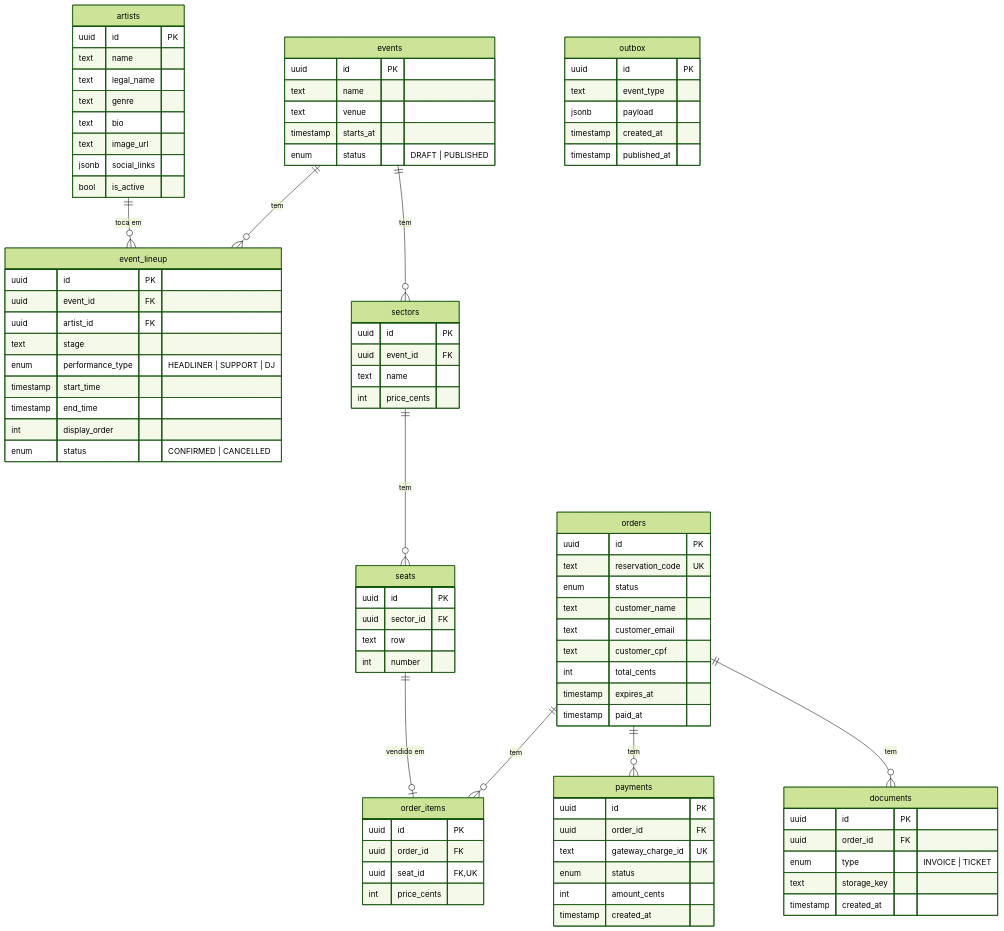
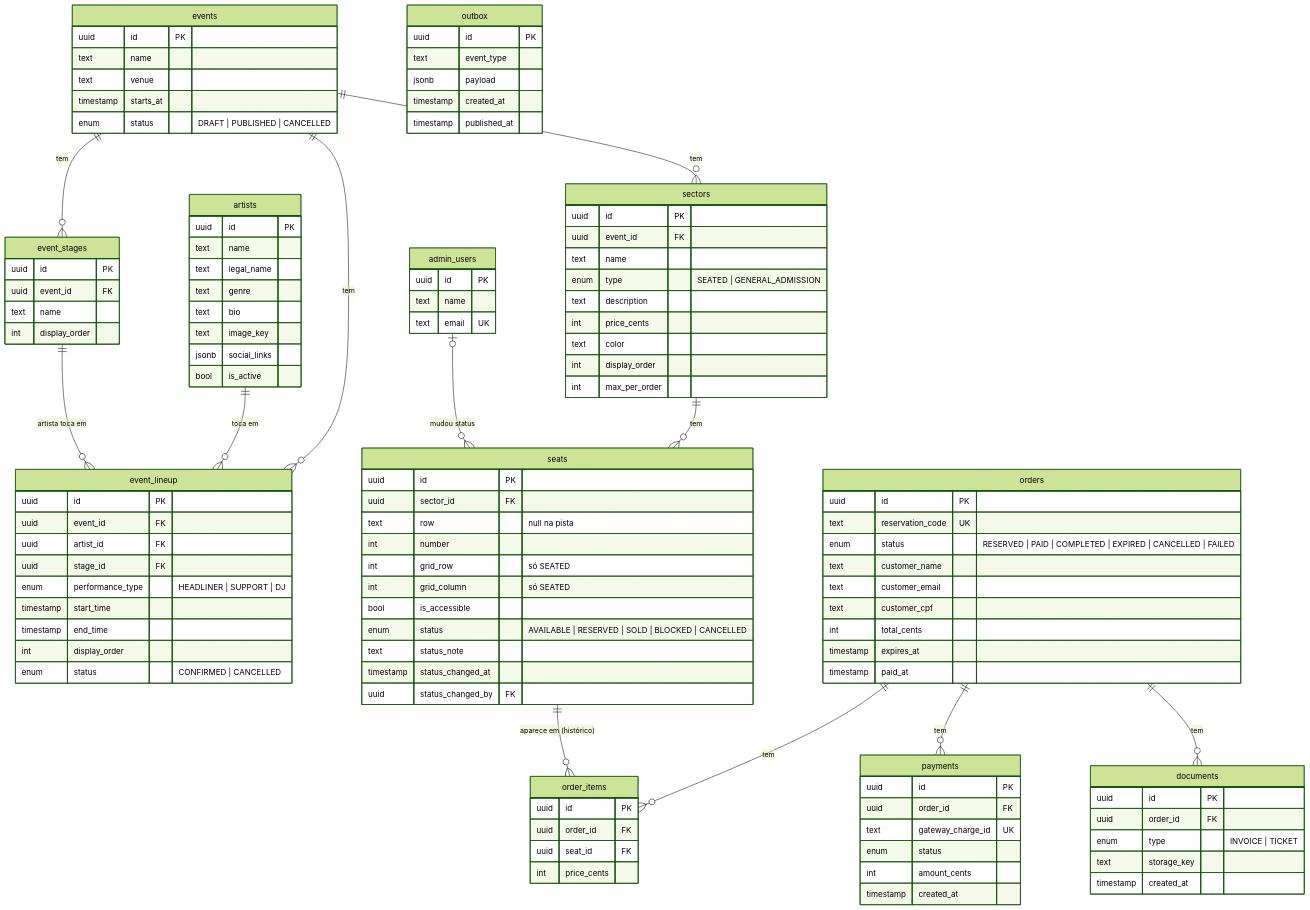
Before and after one commit to Dan1elz/ticketly: the second of 2 diagrams in docs/arquitetura.md, drawn with Mermaid (forest theme). The commit also changed other lines of this file and 6 other files, not shown here.

Commit message:
feat: update reservation flow and status handling in documentation

````diff
--- a/docs/arquitetura.md
+++ b/docs/arquitetura.md
@@ -81,11 +128,14 @@
 ```mermaid
 erDiagram
+    events ||--o{ event_stages : tem
     events ||--o{ event_lineup : tem
+    event_stages ||--o{ event_lineup : "artista toca em"
     artists ||--o{ event_lineup : "toca em"
     events ||--o{ sectors : tem
     sectors ||--o{ seats : tem
+    admin_users |o--o{ seats : "mudou status"
     orders ||--o{ order_items : tem
-    seats ||--o| order_items : "vendido em"
+    seats ||--o{ order_items : "aparece em (histórico)"
     orders ||--o{ payments : tem
     orders ||--o{ documents : tem
 
@@ -94,7 +144,13 @@
         text name
         text venue
         timestamp starts_at
-        enum status "DRAFT | PUBLISHED"
+        enum status "DRAFT | PUBLISHED | CANCELLED"
+    }
+    event_stages {
+        uuid id PK
+        uuid event_id FK
+        text name
+        int display_order
     }
     artists {
         uuid id PK
@@ -102,7 +158,7 @@
         text legal_name
         text genre
         text bio
-        text image_url
+        text image_key
         jsonb social_links
         bool is_active
     }
@@ -110,7 +166,7 @@
         uuid id PK
         uuid event_id FK
         uuid artist_id FK
-        text stage
+        uuid stage_id FK
         enum performance_type "HEADLINER | SUPPORT | DJ"
         timestamp start_time
         timestamp end_time
@@ -121,18 +177,35 @@
         uuid id PK
         uuid event_id FK
         text name
+        enum type "SEATED | GENERAL_ADMISSION"
+        text description
         int price_cents
+        text color
+        int display_order
+        int max_per_order
     }
     seats {
         uuid id PK
         uuid sector_id FK
-        text row
+        text row "null na pista"
         int number
+        int grid_row "só SEATED"
+        int grid_column "só SEATED"
+        bool is_accessible
+        enum status "AVAILABLE | RESERVED | SOLD | BLOCKED | CANCELLED"
+        text status_note
+        timestamp status_changed_at
+        uuid status_changed_by FK
+    }
+    admin_users {
+        uuid id PK
+        text name
+        text email UK
     }
     orders {
         uuid id PK
         text reservation_code UK
-        enum status
+        enum status "RESERVED | PAID | COMPLETED | EXPIRED | CANCELLED | FAILED"
         text customer_name
         text customer_email
         text customer_cpf
@@ -143,7 +216,7 @@
     order_items {
         uuid id PK
         uuid order_id FK
-        uuid seat_id FK,UK
+        uuid seat_id FK
         int price_cents
     }
     payments {
````
